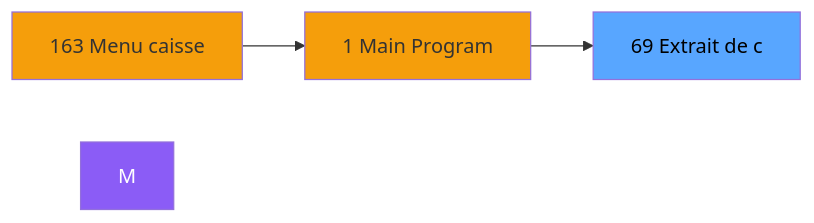
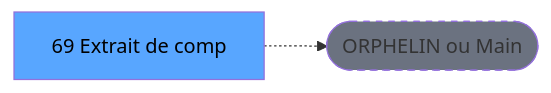
Before and after one commit to thonyAGP/lecteur-magic: the second of 3 diagrams in .openspec/renders/ADH-IDE-69.md, drawn with Mermaid. The commit also changed other lines of this file and 701 other files, not shown here.

````diff
--- a/.openspec/renders/ADH-IDE-69.md
+++ b/.openspec/renders/ADH-IDE-69.md
@@ -130,12 +131,8 @@
 ```mermaid
 graph LR
-    N163[163 Menu caisse ]
-    N1[1 Main Program]
-    T[69 Extrait de c]
-    N163 --> N1
-    N1 --> T
-    style M fill:#8b5cf6,color:#fff
-    style N163 fill:#f59e0b
-    style N1 fill:#f59e0b
+    T[69 Extrait de comp]
+    ORPHAN([ORPHELIN ou Main])
+    T -.-> ORPHAN
     style T fill:#58a6ff,color:#000
+    style ORPHAN fill:#6b7280,stroke-dasharray: 5 5
 ```
````
